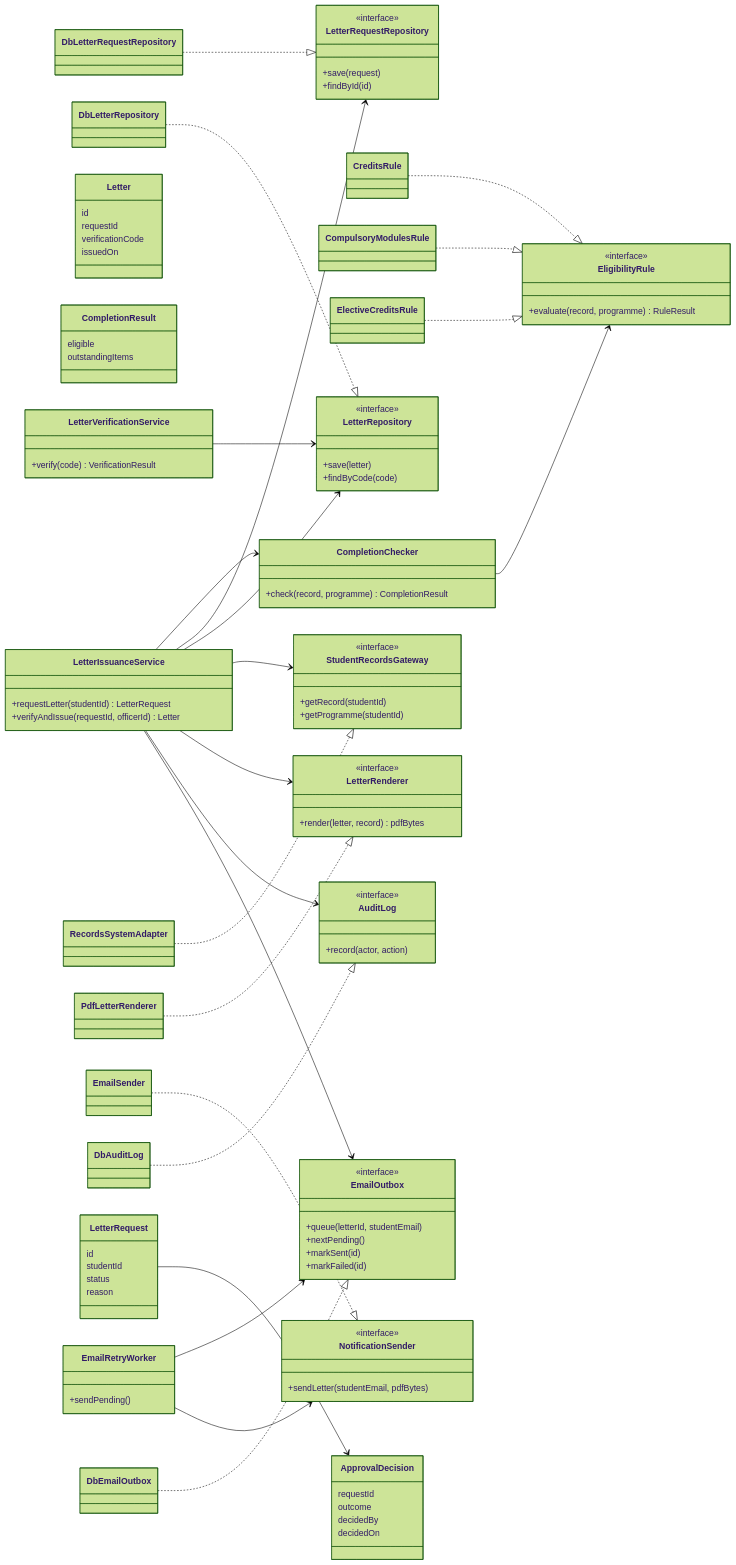
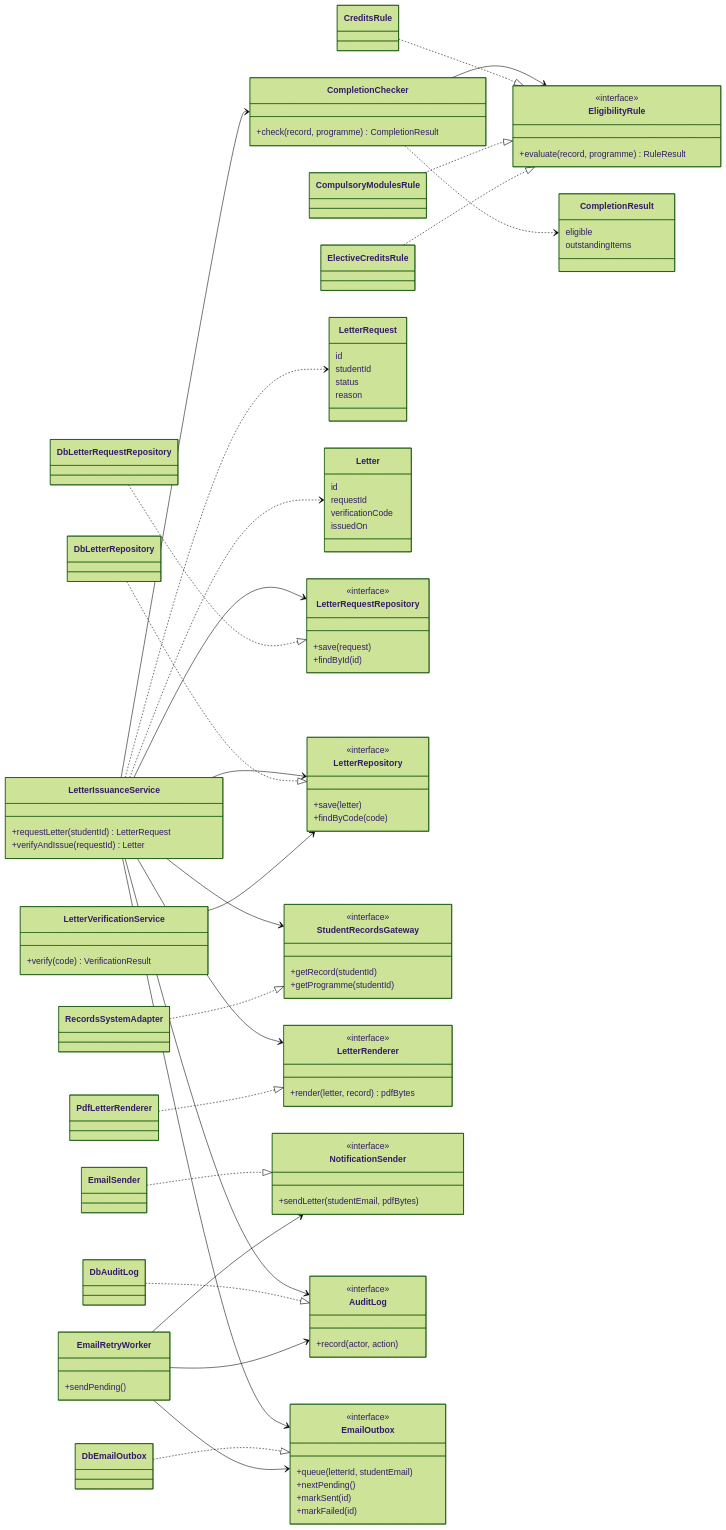
One commit to pako-18/csi473-univeristy-service-hub changed the diagram in models/detailed-class-design.mmd. Above: the diagram before and after it, drawn with Mermaid (forest theme). The commit also changed 2 other files, not shown here.

```diff
--- a/models/detailed-class-design.mmd
+++ b/models/detailed-class-design.mmd
@@ -1,114 +1,112 @@
 classDiagram
     direction LR
 
     class LetterIssuanceService {
         +requestLetter(studentId) LetterRequest
-        +verifyAndIssue(requestId, officerId) Letter
+        +verifyAndIssue(requestId) Letter
     }
     class CompletionChecker {
         +check(record, programme) CompletionResult
     }
     class EligibilityRule {
         <<interface>>
         +evaluate(record, programme) RuleResult
     }
     class CreditsRule
     class CompulsoryModulesRule
     class ElectiveCreditsRule
 
     class LetterRequest {
         id
         studentId
         status
         reason
     }
     class Letter {
         id
         requestId
         verificationCode
         issuedOn
     }
     class CompletionResult {
         eligible
         outstandingItems
     }
 
     class LetterRequestRepository {
         <<interface>>
         +save(request)
         +findById(id)
     }
     class LetterRepository {
         <<interface>>
         +save(letter)
         +findByCode(code)
     }
     class StudentRecordsGateway {
         <<interface>>
         +getRecord(studentId)
         +getProgramme(studentId)
     }
     class LetterRenderer {
         <<interface>>
         +render(letter, record) pdfBytes
     }
     class NotificationSender {
         <<interface>>
         +sendLetter(studentEmail, pdfBytes)
     }
     class AuditLog {
         <<interface>>
         +record(actor, action)
     }
+    class EmailOutbox {
+        <<interface>>
+        +queue(letterId, studentEmail)
+        +nextPending()
+        +markSent(id)
+        +markFailed(id)
+    }
 
     class DbLetterRequestRepository
     class DbLetterRepository
     class RecordsSystemAdapter
     class PdfLetterRenderer
     class EmailSender
     class DbAuditLog
-           class ApprovalDecision {
-           requestId
-           outcome
-           decidedBy
-           decidedOn
-       }
-       class EmailOutbox {
-           <<interface>>
-           +queue(letterId, studentEmail)
-           +nextPending()
-           +markSent(id)
-           +markFailed(id)
-       }
-       class DbEmailOutbox
-       class EmailRetryWorker {
-           +sendPending()
-       }
-       class LetterVerificationService {
-           +verify(code) VerificationResult
-       }
+    class DbEmailOutbox
+    class EmailRetryWorker {
+        +sendPending()
+    }
+    class LetterVerificationService {
+        +verify(code) VerificationResult
+    }
 
     LetterIssuanceService --> CompletionChecker
     CompletionChecker --> EligibilityRule
+    CompletionChecker ..> CompletionResult
     CreditsRule ..|> EligibilityRule
     CompulsoryModulesRule ..|> EligibilityRule
     ElectiveCreditsRule ..|> EligibilityRule
 
     LetterIssuanceService --> LetterRequestRepository
     LetterIssuanceService --> LetterRepository
     LetterIssuanceService --> StudentRecordsGateway
     LetterIssuanceService --> LetterRenderer
     LetterIssuanceService --> AuditLog
+    LetterIssuanceService --> EmailOutbox
+    LetterIssuanceService ..> LetterRequest
+    LetterIssuanceService ..> Letter
 
     DbLetterRequestRepository ..|> LetterRequestRepository
     DbLetterRepository ..|> LetterRepository
     RecordsSystemAdapter ..|> StudentRecordsGateway
     PdfLetterRenderer ..|> LetterRenderer
     EmailSender ..|> NotificationSender
     DbAuditLog ..|> AuditLog
-           LetterIssuanceService --> EmailOutbox
-       DbEmailOutbox ..|> EmailOutbox
-       EmailRetryWorker --> EmailOutbox
-       EmailRetryWorker --> NotificationSender
-       LetterRequest --> ApprovalDecision
-       LetterVerificationService --> LetterRepository
+    DbEmailOutbox ..|> EmailOutbox
+
+    EmailRetryWorker --> EmailOutbox
+    EmailRetryWorker --> NotificationSender
+    EmailRetryWorker --> AuditLog
+    LetterVerificationService --> LetterRepository
```
